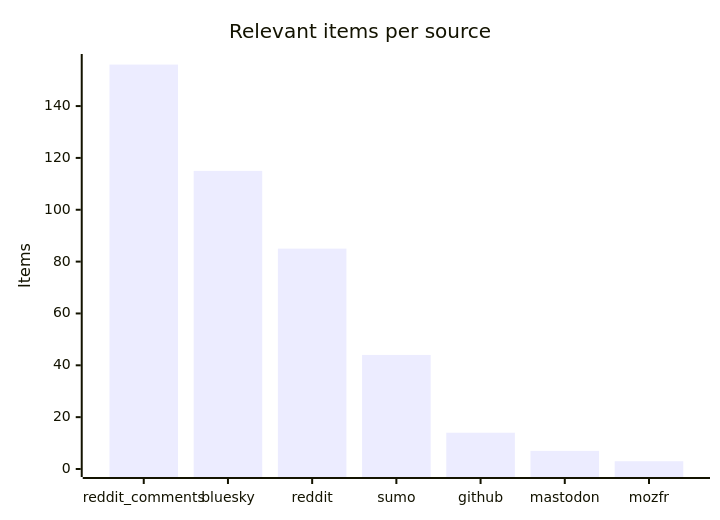
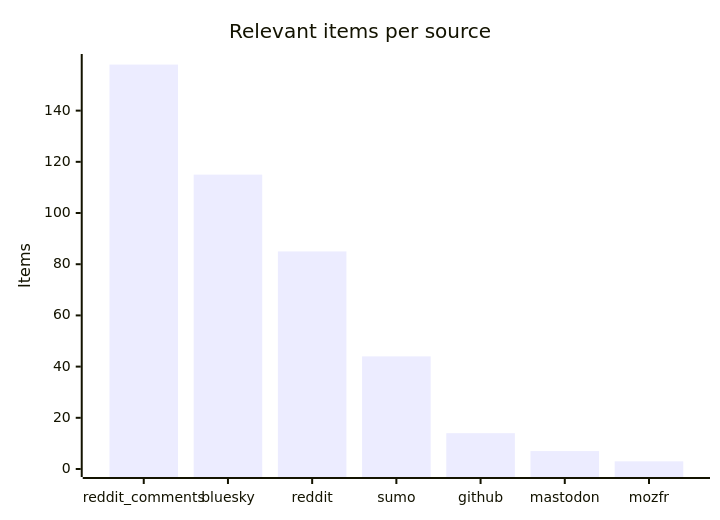
One commit to martinbalfanz/social-scanner-reports changed the third of 4 diagrams in README.md. Above: the diagram before and after it, drawn with Mermaid. The commit also changed other lines of this file and 4 other files, not shown here.

````diff
--- a/README.md
+++ b/README.md
@@ -48,7 +48,7 @@
 ```mermaid
 xychart-beta
     title "Relevant items per source"
     x-axis ["reddit_comments", "bluesky", "reddit", "sumo", "github", "mastodon", "mozfr"]
-    y-axis "Items" 0 --> 157
-    bar [156, 115, 85, 44, 14, 7, 3]
+    y-axis "Items" 0 --> 159
+    bar [158, 115, 85, 44, 14, 7, 3]
 ```
````
